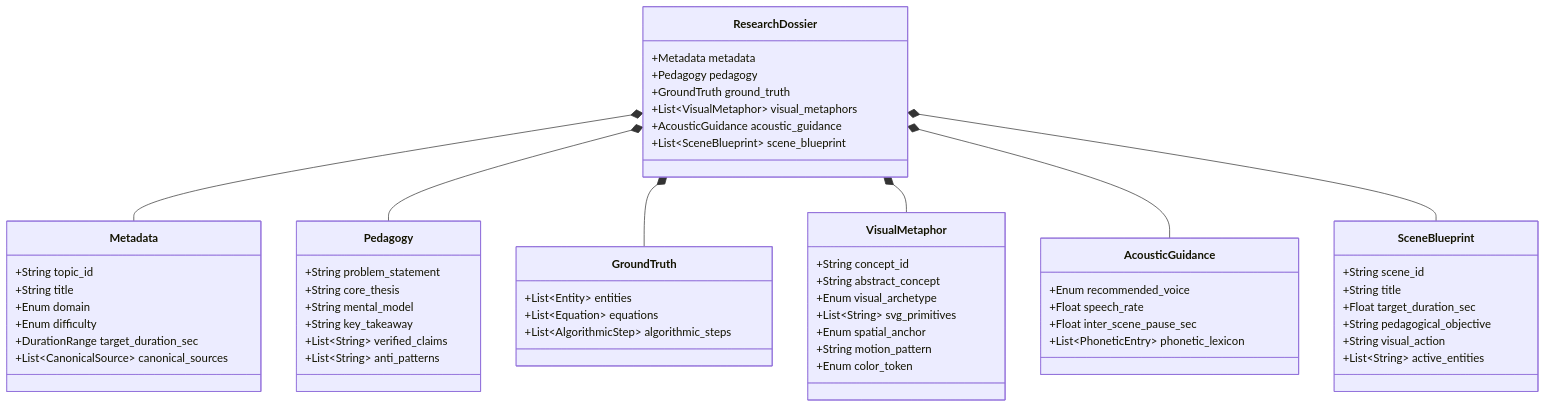
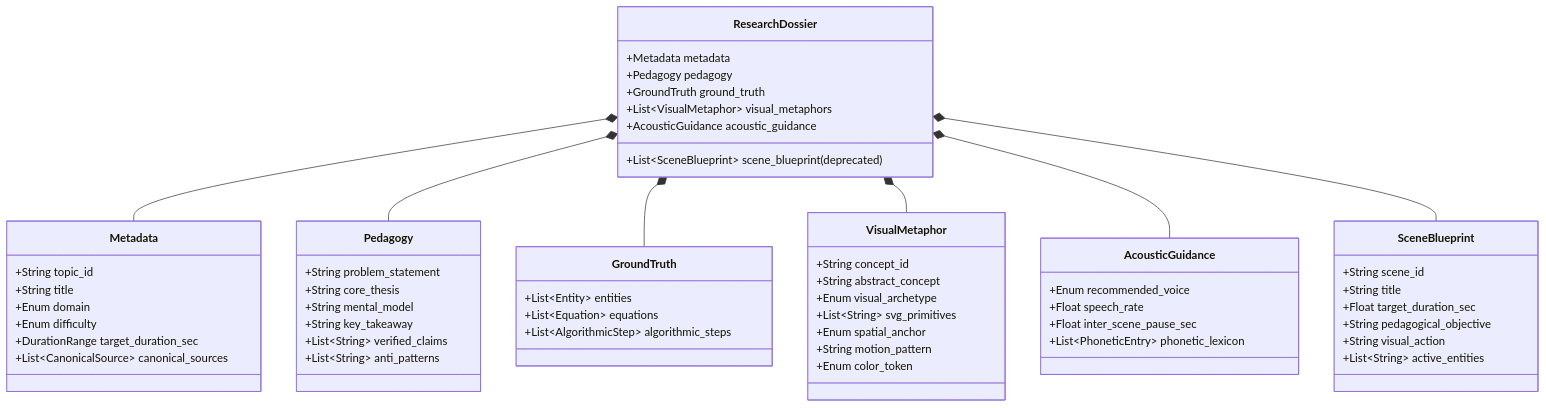
Before and after one commit to mveer1/motion-graphics: the second of 3 diagrams in ARCHITECTURE.md, drawn with Mermaid. The commit also changed other lines of this file and 1020 other files, not shown here.

````diff
--- a/ARCHITECTURE.md
+++ b/ARCHITECTURE.md
@@ -290,62 +297,62 @@
 ```mermaid
 classDiagram
     class ResearchDossier {
         +Metadata metadata
         +Pedagogy pedagogy
         +GroundTruth ground_truth
         +List~VisualMetaphor~ visual_metaphors
         +AcousticGuidance acoustic_guidance
-        +List~SceneBlueprint~ scene_blueprint
+        +List~SceneBlueprint~ scene_blueprint (deprecated)
     }
     class Metadata {
         +String topic_id
         +String title
         +Enum domain
         +Enum difficulty
         +DurationRange target_duration_sec
         +List~CanonicalSource~ canonical_sources
     }
     class Pedagogy {
         +String problem_statement
         +String core_thesis
         +String mental_model
         +String key_takeaway
         +List~String~ verified_claims
         +List~String~ anti_patterns
     }
     class GroundTruth {
         +List~Entity~ entities
         +List~Equation~ equations
         +List~AlgorithmicStep~ algorithmic_steps
     }
     class VisualMetaphor {
         +String concept_id
         +String abstract_concept
         +Enum visual_archetype
         +List~String~ svg_primitives
         +Enum spatial_anchor
         +String motion_pattern
         +Enum color_token
     }
     class AcousticGuidance {
         +Enum recommended_voice
         +Float speech_rate
         +Float inter_scene_pause_sec
         +List~PhoneticEntry~ phonetic_lexicon
     }
     class SceneBlueprint {
         +String scene_id
         +String title
         +Float target_duration_sec
         +String pedagogical_objective
         +String visual_action
         +List~String~ active_entities
     }
 
     ResearchDossier *-- Metadata
     ResearchDossier *-- Pedagogy
     ResearchDossier *-- GroundTruth
     ResearchDossier *-- VisualMetaphor
     ResearchDossier *-- AcousticGuidance
     ResearchDossier *-- SceneBlueprint
 ```
````
